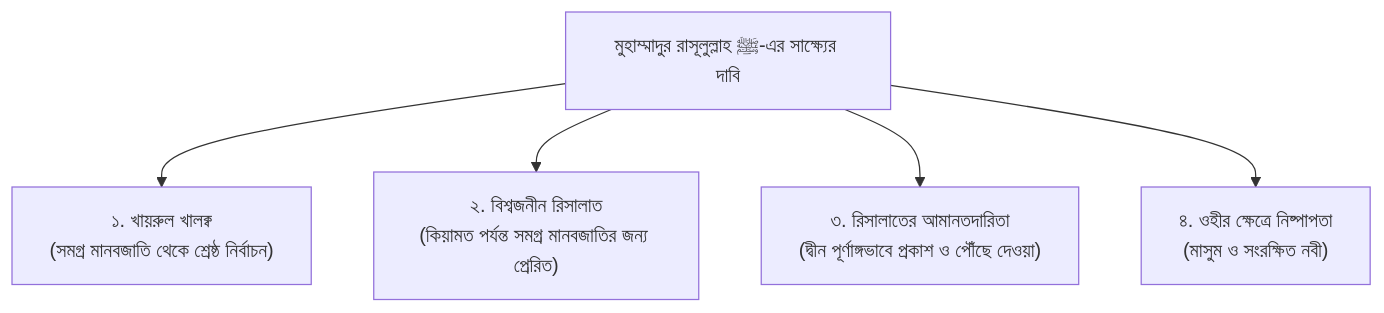
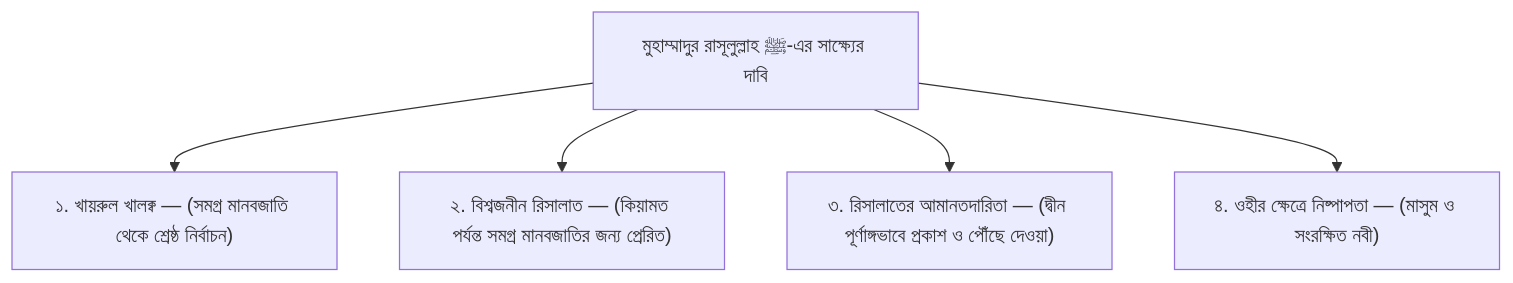
Before and after one commit to abuabddullah/basic-islam: the diagram in basic_islam_for_kids/অধ্যায়_০৪_মুহাম্মাদুর_রাসূলুল্লাহ_ﷺ_এর_হক_বার্থডে_কালচার_ও_রিসালাতের_দাবি.md, drawn with Mermaid. The commit also changed 172 other files, not shown here.

````diff
--- a/basic_islam_for_kids/অধ্যায়_০৪_মুহাম্মাদুর_রাসূলুল্লাহ_ﷺ_এর_হক_বার্থডে_কালচার_ও_রিসালাতের_দাবি.md
+++ b/basic_islam_for_kids/অধ্যায়_০৪_মুহাম্মাদুর_রাসূলুল্লাহ_ﷺ_এর_হক_বার্থডে_কালচার_ও_রিসালাতের_দাবি.md
@@ -87,7 +87,7 @@
 ```mermaid
 flowchart TD
-    M["মুহাম্মাদুর রাসূলুল্লাহ ﷺ-এর সাক্ষ্যের দাবি"] --> A["১. খায়রুল খালক্ব<br>(সমগ্র মানবজাতি থেকে শ্রেষ্ঠ নির্বাচন)"]
-    M --> B["২. বিশ্বজনীন রিসালাত<br>(কিয়ামত পর্যন্ত সমগ্র মানবজাতির জন্য প্রেরিত)"]
-    M --> C["৩. রিসালাতের আমানতদারিতা<br>(দ্বীন পূর্ণাঙ্গভাবে প্রকাশ ও পৌঁছে দেওয়া)"]
-    M --> D["৪. ওহীর ক্ষেত্রে নিষ্পাপতা<br>(মাসুম ও সংরক্ষিত নবী)"]
+    M["মুহাম্মাদুর রাসূলুল্লাহ ﷺ-এর সাক্ষ্যের দাবি"] --> A["১. খায়রুল খালক্ব — (সমগ্র মানবজাতি থেকে শ্রেষ্ঠ নির্বাচন)"]
+    M --> B["২. বিশ্বজনীন রিসালাত — (কিয়ামত পর্যন্ত সমগ্র মানবজাতির জন্য প্রেরিত)"]
+    M --> C["৩. রিসালাতের আমানতদারিতা — (দ্বীন পূর্ণাঙ্গভাবে প্রকাশ ও পৌঁছে দেওয়া)"]
+    M --> D["৪. ওহীর ক্ষেত্রে নিষ্পাপতা — (মাসুম ও সংরক্ষিত নবী)"]
 ```
````
